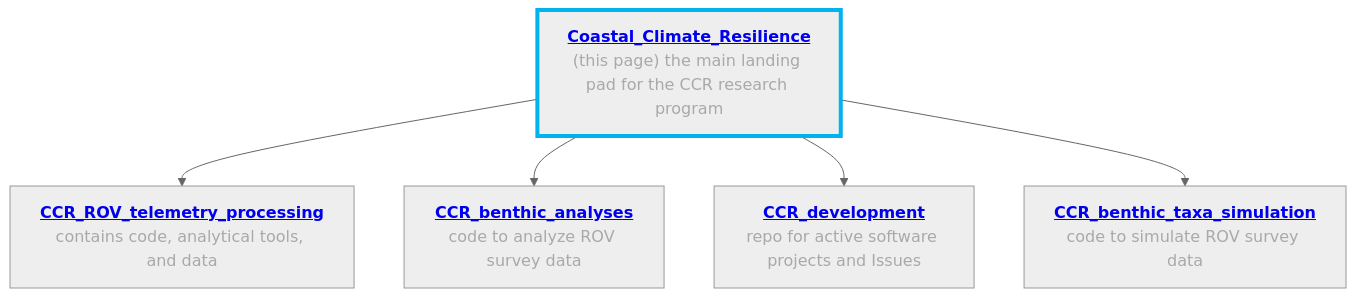
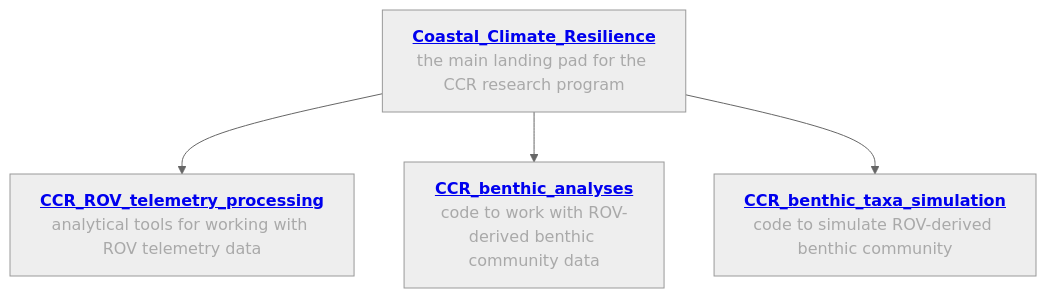
Before and after one commit to Seattle-Aquarium/Coastal_Climate_Resilience: the first of 2 diagrams in README.md, drawn with Mermaid (neutral theme). The commit also changed other lines of this file, not shown here.

````diff
--- a/README.md
+++ b/README.md
@@ -40,17 +41,11 @@
 ```mermaid
-
 graph TD
 
-A["<a href='https://github.com/Seattle-Aquarium/Coastal_Climate_Resilience' target='_blank' style='font-size: 16px; font-weight: bold;'>Coastal_Climate_Resilience</a><br><font color='darkgray' style='text-decoration: none;'>(this page) the main landing pad for the CCR research program</font>"]
+A["<a href='https://github.com/Seattle-Aquarium/Coastal_Climate_Resilience' target='_blank' style='font-size: 16px; font-weight: bold;'>Coastal_Climate_Resilience</a><br><font color='darkgray'>the main landing pad for the CCR research program</font>"]
 
-A --> B["<a href='https://github.com/Seattle-Aquarium/CCR_analytical_resources' target='_blank' style='font-size: 16px; font-weight: bold;'>CCR_ROV_telemetry_processing</a><br><font color='darkgray' style='text-decoration: none;'>contains code, analytical tools, and data</font>"]
+A --> E["<a href='https://github.com/Seattle-Aquarium/CCR_analytical_resources' target='_blank' style='font-size: 16px; font-weight: bold;'>CCR_ROV_telemetry_processing</a><br><font color='darkgray'>analytical tools for working with ROV telemetry data</font>"]
 
-A --> C["<a href='https://github.com/Seattle-Aquarium/CCR_benthic_analyses' target='_blank' style='font-size: 16px; font-weight: bold;'>CCR_benthic_analyses</a><br><font color='darkgray' style='text-decoration: none;'>code to analyze ROV survey data</font>"]
+A --> F["<a href='https://github.com/Seattle-Aquarium/CCR_benthic_analyses' target='_blank' style='font-size: 16px; font-weight: bold;'>CCR_benthic_analyses</a><br><font color='darkgray'>code to work with ROV-derived benthic community data</font>"]
 
-A --> D["<a href='https://github.com/Seattle-Aquarium/CCR_development' target='_blank' style='font-size: 16px; font-weight: bold;'>CCR_development</a><br><font color='darkgray' style='text-decoration: none;'>repo for active software projects and Issues</font>"]
-
-A --> E["<a href='https://github.com/Seattle-Aquarium/CCR_benthic_taxa_simulation' target='_blank' style='font-size: 16px; font-weight: bold;'>CCR_benthic_taxa_simulation</a><br><font color='darkgray' style='text-decoration: none;'>code to simulate ROV survey data</font>"]
-
-style A stroke:#00B2EE,stroke-width:4px
-
+A --> G["<a href='https://github.com/Seattle-Aquarium/CCR_benthic_taxa_simulation' target='_blank' style='font-size: 16px; font-weight: bold;'>CCR_benthic_taxa_simulation</a><br><font color='darkgray'>code to simulate ROV-derived benthic community</font>"]
 ```
````
